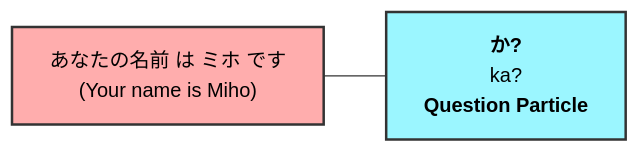
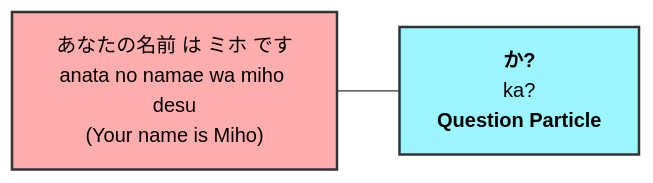
Before and after one commit to shainsethi/n5: the sixth of 12 diagrams in grammar/grammar-solutions.md, drawn with Mermaid. The commit also changed other lines of this file and 1 other file, not shown here.

Commit message:
feat: add N5 grammar reference and practice solution files with Mermaid diagrams

````diff
--- a/grammar/grammar-solutions.md
+++ b/grammar/grammar-solutions.md
@@ -89,6 +89,6 @@
 ```mermaid
 graph LR
-    Aff["あなたの名前 は ミホ です<br/>(Your name is Miho)"] --- Q["<b>か?</b><br/>ka?<br/><b>Question Particle</b>"]
+    Aff["あなたの名前 は ミホ です<br/>anata no namae wa miho desu<br/>(Your name is Miho)"] --- Q["<b>か?</b><br/>ka?<br/><b>Question Particle</b>"]
     style Aff fill:#ffadad,stroke:#333,stroke-width:2px,color:#000
     style Q fill:#9bf6ff,stroke:#333,stroke-width:2px,color:#000
 ```
````
